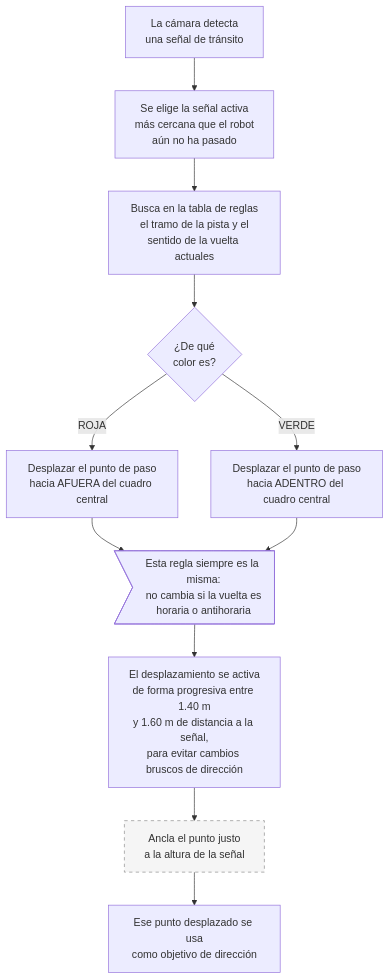
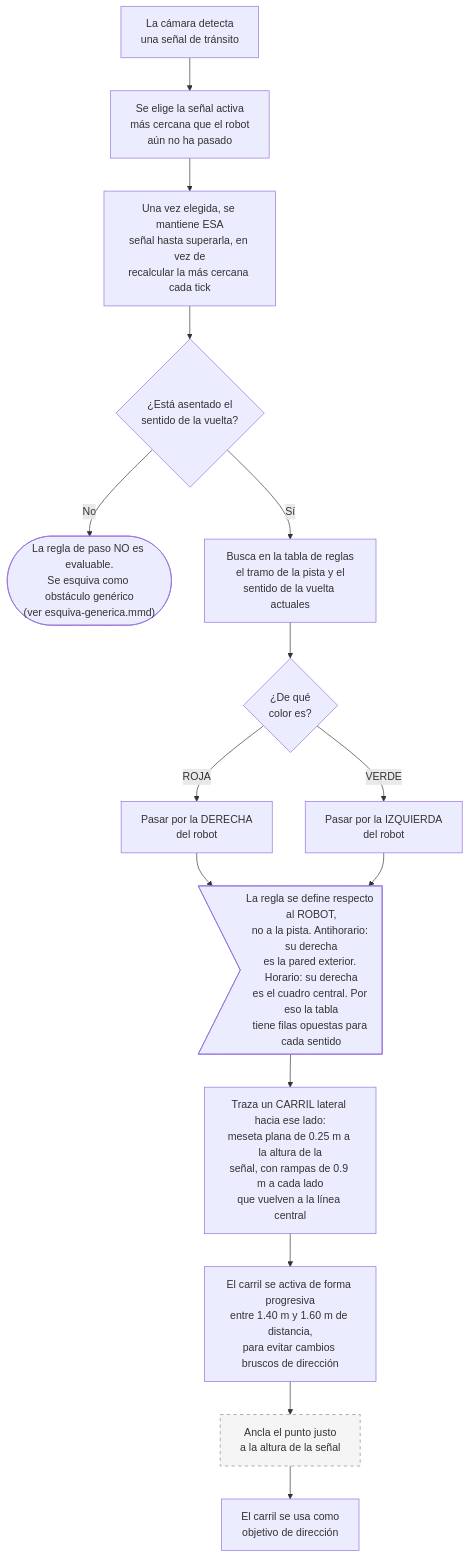
One commit to teamvoltimor/vtitan changed the diagram in schemes/flowcharts/obstacles/mermaid/regla-senales.mmd. Above: the diagram before and after it, drawn with Mermaid. The commit also changed 18 other files, not shown here.

First line of the commit message:
docs(nav): the flowcharts taught the pass-side rule backwards, and drew a state that never existed

```diff
--- a/schemes/flowcharts/obstacles/mermaid/regla-senales.mmd
+++ b/schemes/flowcharts/obstacles/mermaid/regla-senales.mmd
@@ -1,31 +1,70 @@
 %% Referencias de código (no se renderizan en el PNG, solo para mantenimiento futuro)
 %% Fuente: src/python/src/navigation/planning/sign_router/
 %%   selección: SignRouter._active_sign_candidates()
-%%   tabla de reglas por tramo/sentido: SignRouter._ROUTING_TABLE
-%%   deformación: SignRouter._apply_deformation()
+%%   tabla de reglas por tramo/sentido: routing.py::ROUTING_TABLE
+%%   consulta de la regla: routing.py::pass_side_lateral_axis()
+%%   planificador de carril (LA RUTA QUE SE EJECUTA): planning/sign_lane.py::apply_sign_lanes()
+%%   deformación por waypoint (SUPRIMIDA en config): sign_router/deformation.py
 %%   anclaje opcional a la altura de la señal: SignRouter._pin_depth()
+%% -
+%% CORREGIDO 2026-09-10. Dos errores de fondo en la versión anterior:
+%% -
+%% 1) LA REGLA NO ES ABSOLUTA. Este diagrama decía "rojo siempre por afuera,
+%%    verde siempre por adentro, sin importar el sentido". Es al revés: la regla
+%%    (WRO 2026 9.19) es RELATIVA AL SENTIDO DE MARCHA -- el vehículo pasa a su
+%%    PROPIA DERECHA de un pilar rojo y a su PROPIA IZQUIERDA de uno verde. Las
+%%    4 filas CLOCKWISE de ROUTING_TABLE son la NEGACIÓN de sus pares
+%%    COUNTERCLOCKWISE, precisamente por eso. La tabla fue absoluta entre
+%%    2026-07-05 y 2026-09-03 (correcta en antihorario, al revés en TODA ronda
+%%    horaria) y el error quedó oculto porque scenario_simulator/scoring.py
+%%    juzgaba con la misma convención que el router conducía. Todo conteo de
+%%    pass-side anterior a 2026-09-03 está medido con la regla equivocada.
+%%    Corolario: sin dirección asentada la regla no es evaluable en absoluto
+%%    (pass_side_lateral_axis devuelve None) -- ver esquiva-generica.mmd.
+%% -
+%% 2) LO QUE SE EJECUTA ES EL CARRIL, NO LA DEFORMACIÓN. El diagrama dibujaba
+%%    _apply_deformation() como el mecanismo. En la config que embarca
+%%    (src/config/navigation/signs/sign_router.toml) sign_lane_planner = true y
+%%    sign_lane_suppress_deform = true, así que quien mueve la trayectoria es
+%%    apply_sign_lanes(): un carril lateral con meseta plana y rampas, no un
+%%    empujón de un único punto de paso.
+%% -
 %% Constantes (src/config/navigation/signs/sign_router.toml):
-%%   activation_dist_m = 1.40 m -- distancia a la que empieza a desviar la ruta
-%%   passed_dist_m = 1.60 m -- distancia a la que la señal se da por superada
-%% Regla WRO: rojo siempre se pasa por afuera, verde siempre por adentro,
-%%   sin importar si la vuelta es en sentido horario o antihorario.
+%%   activation_dist_m = 1.40 / passed_dist_m = 1.60 -- ventana de la maniobra
+%%   sign_lane_ramp_m = 0.9 / sign_lane_hold_m = 0.25 -- forma del carril
+%%   sign_lane_corner_entry_m = 0.5 -- arco de curva que el carril puede tomar
+%%   sign_clearance_margin_m = 0.10 -- margen sobre semianchos chasis+señal
+%%   commit_hysteresis = true -- una vez comprometida, se mantiene ESA señal
+%% -
+%% ADVERTENCIA DE ALCANCE (medido 2026-09-09, sobre bag de hardware): el carril
+%% está dimensionado para 1.40 m de anticipación y NUNCA la recibe. La cámara
+%% ve la señal a 0.66 m y el router se compromete a 0.38 m, así que la maniobra
+%% se ejecuta con una fracción del recorrido para el que fue diseñada. No es un
+%% fallo de la regla ni del carril: es falta de distancia.
+%% -
 %% Diagrama en TD (vertical) a propósito -- en LR la cadena de nodos quedaba
 %% demasiado ancha y el texto se veía borroso al escalar el PNG.
 %% El nodo con borde punteado (Pin) marca un paso opcional, no obligatorio.
 
 flowchart TD
     Sign["La cámara detecta<br/>una señal de tránsito"] --> Active["Se elige la señal activa<br/>más cercana que el robot<br/>aún no ha pasado"]
-    Active --> Lookup["Busca en la tabla de reglas<br/>el tramo de la pista y el<br/>sentido de la vuelta actuales"]
+    Active --> Commit["Una vez elegida, se mantiene ESA<br/>señal hasta superarla, en vez de<br/>recalcular la más cercana cada tick"]
+    Commit --> Dir{"¿Está asentado el<br/>sentido de la vuelta?"}
+
+    Dir -- "No" --> NoRule(["La regla de paso NO es evaluable.<br/>Se esquiva como obstáculo genérico<br/>(ver esquiva-generica.mmd)"])
+    Dir -- "Sí" --> Lookup["Busca en la tabla de reglas<br/>el tramo de la pista y el<br/>sentido de la vuelta actuales"]
+
     Lookup --> Color{"¿De qué<br/>color es?"}
 
-    Color -- "ROJA" --> Out["Desplazar el punto de paso<br/>hacia AFUERA del cuadro central"]
-    Color -- "VERDE" --> In["Desplazar el punto de paso<br/>hacia ADENTRO del cuadro central"]
+    Color -- "ROJA" --> Right["Pasar por la DERECHA<br/>del robot"]
+    Color -- "VERDE" --> Left["Pasar por la IZQUIERDA<br/>del robot"]
 
-    Out --> Note>"Esta regla siempre es la misma:<br/>no cambia si la vuelta es<br/>horaria o antihoraria"]
-    In --> Note
+    Right --> Note>"La regla se define respecto al ROBOT,<br/>no a la pista. Antihorario: su derecha<br/>es la pared exterior. Horario: su derecha<br/>es el cuadro central. Por eso la tabla<br/>tiene filas opuestas para cada sentido"]
+    Left --> Note
 
-    Note --> Taper["El desplazamiento se activa<br/>de forma progresiva entre 1.40 m<br/>y 1.60 m de distancia a la señal,<br/>para evitar cambios bruscos de dirección"]
+    Note --> Lane["Traza un CARRIL lateral hacia ese lado:<br/>meseta plana de 0.25 m a la altura de la<br/>señal, con rampas de 0.9 m a cada lado<br/>que vuelven a la línea central"]
+    Lane --> Taper["El carril se activa de forma progresiva<br/>entre 1.40 m y 1.60 m de distancia,<br/>para evitar cambios bruscos de dirección"]
     Taper --> Pin["Ancla el punto justo<br/>a la altura de la señal"]:::optional
-    Pin --> Steer["Ese punto desplazado se usa<br/>como objetivo de dirección"]
+    Pin --> Steer["El carril se usa como<br/>objetivo de dirección"]
 
     classDef optional stroke-dasharray: 5 5,fill:#f5f5f5,stroke:#888
```
